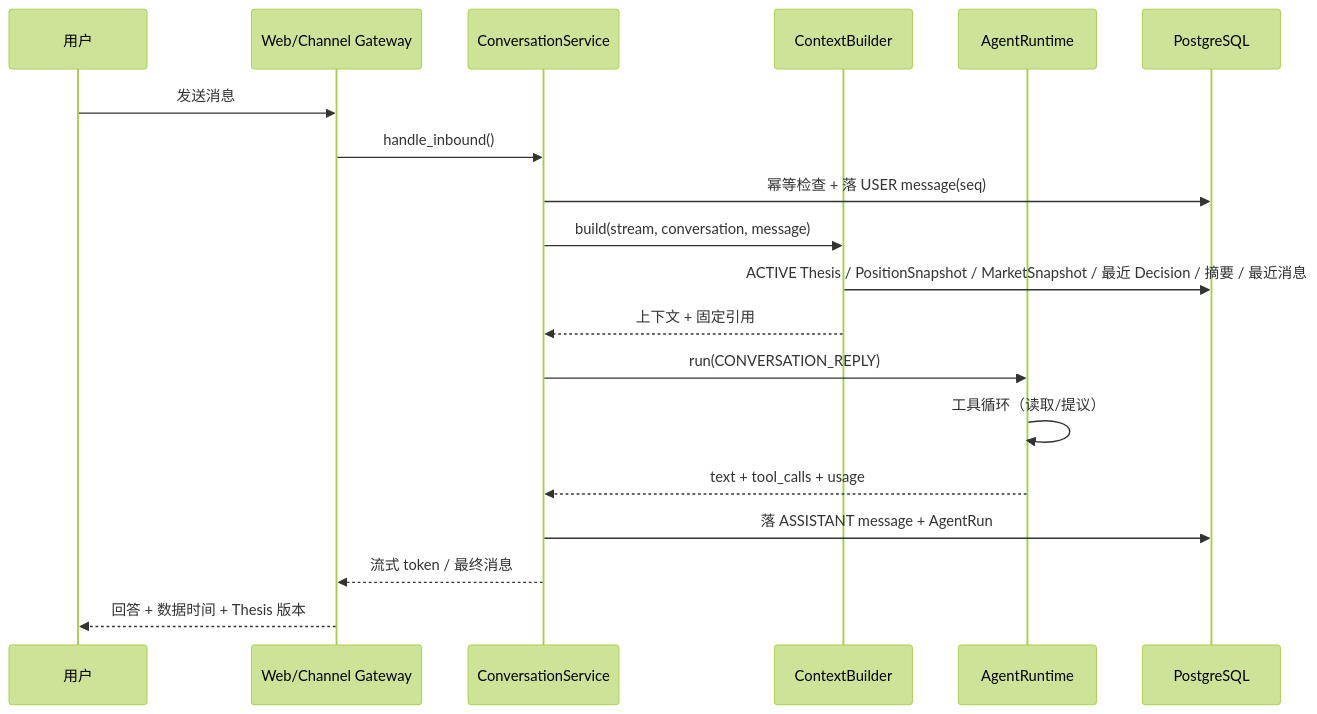
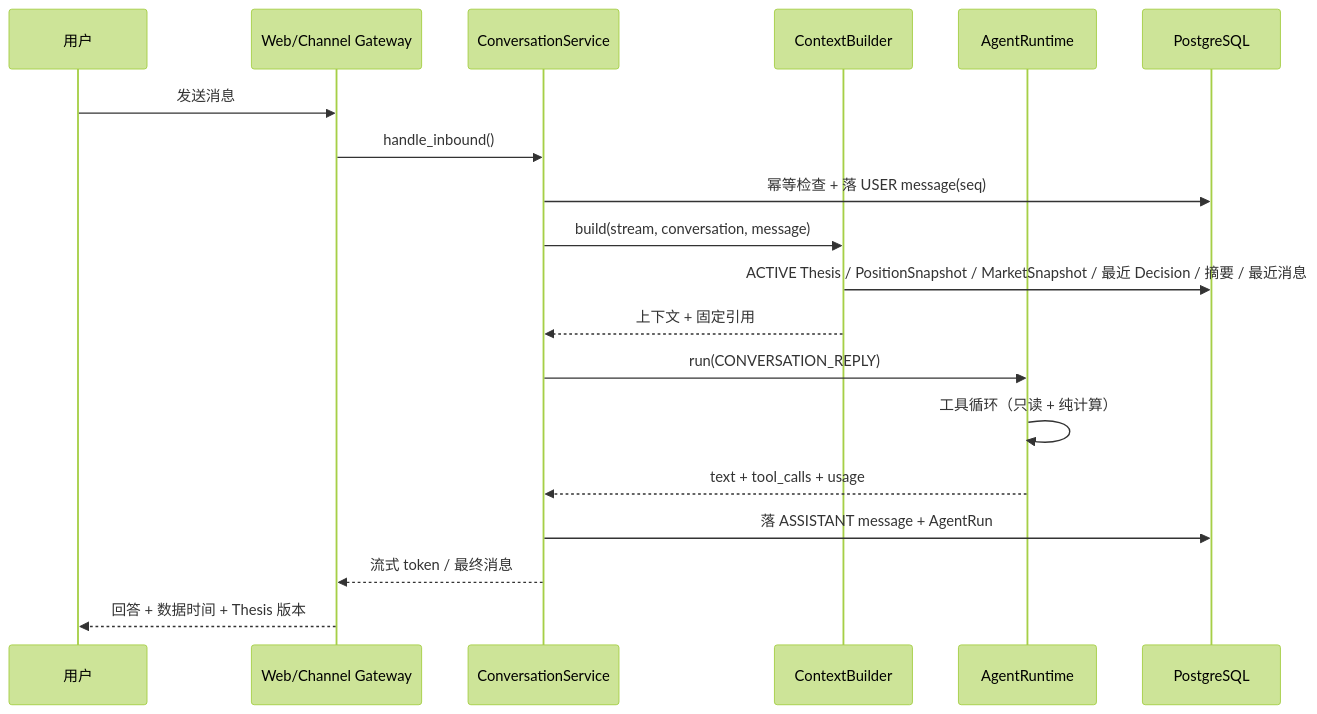
Before and after one commit to leo-lee-4231/thesium: the third of 4 diagrams in docs/design/07-conversation-and-channels.md, drawn with Mermaid (forest theme). The commit also changed other lines of this file and 9 other files, not shown here.

````diff
--- a/docs/design/07-conversation-and-channels.md
+++ b/docs/design/07-conversation-and-channels.md
@@ -134,22 +135,22 @@
 ```mermaid
 sequenceDiagram
     participant U as 用户
     participant API as Web/Channel Gateway
     participant CS as ConversationService
     participant CB as ContextBuilder
     participant AR as AgentRuntime
     participant DB as PostgreSQL
 
     U->>API: 发送消息
     API->>CS: handle_inbound()
     CS->>DB: 幂等检查 + 落 USER message(seq)
     CS->>CB: build(stream, conversation, message)
     CB->>DB: ACTIVE Thesis / PositionSnapshot / MarketSnapshot / 最近 Decision / 摘要 / 最近消息
     CB-->>CS: 上下文 + 固定引用
     CS->>AR: run(CONVERSATION_REPLY)
-    AR->>AR: 工具循环（读取/提议）
+    AR->>AR: 工具循环（只读 + 纯计算）
     AR-->>CS: text + tool_calls + usage
     CS->>DB: 落 ASSISTANT message + AgentRun
     CS-->>API: 流式 token / 最终消息
     API-->>U: 回答 + 数据时间 + Thesis 版本
 ```
````
